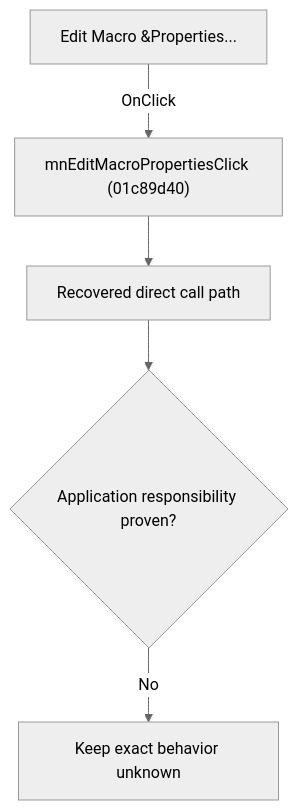
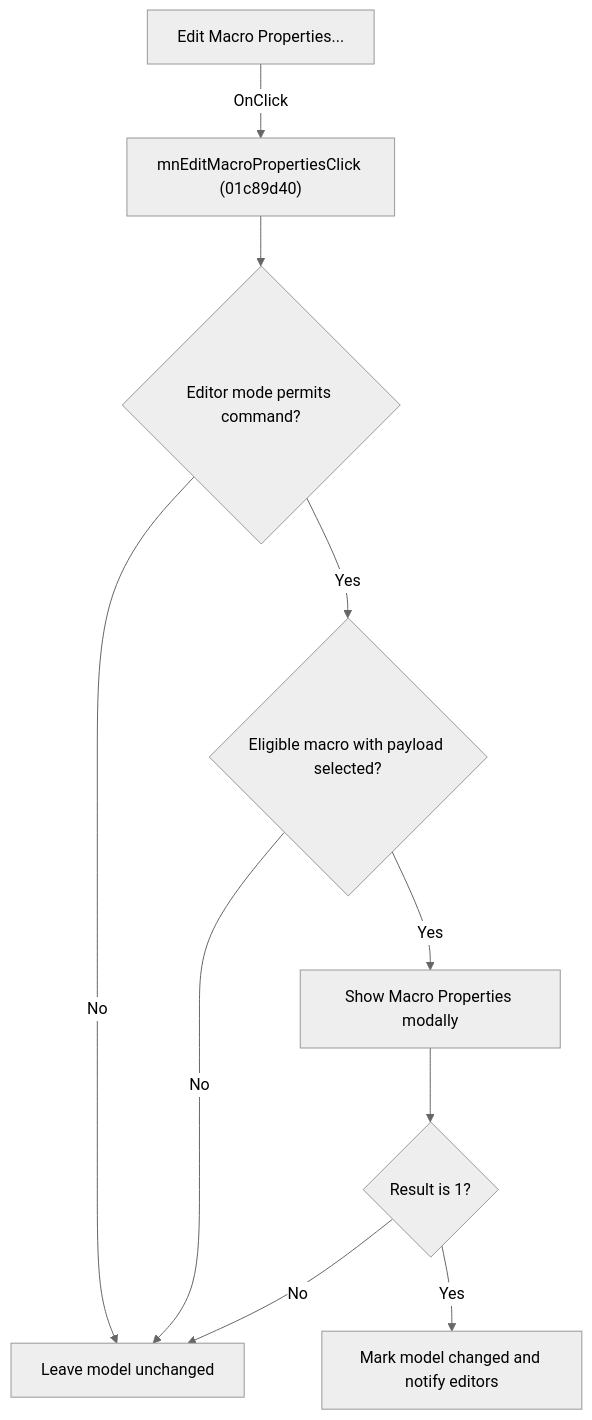
One commit to MovGP0/TIARA changed the diagram in docs/ui-controls/schematiceditor/mneditmacroproperties-7a74313c88.md. Above: the diagram before and after it, drawn with Mermaid (neutral theme). The commit also changed other lines of this file and 241 other files, not shown here.

````diff
--- a/docs/ui-controls/schematiceditor/mneditmacroproperties-7a74313c88.md
+++ b/docs/ui-controls/schematiceditor/mneditmacroproperties-7a74313c88.md
@@ -27,7 +29,12 @@
 ```mermaid
 flowchart TD
-    control["Edit Macro &Properties..."] -->|"OnClick"| handler["mnEditMacroPropertiesClick (01c89d40)"]
-    handler --> recovered["Recovered direct call path"]
-    recovered --> gap{"Application responsibility proven?"}
-    gap -->|"No"| blocked["Keep exact behavior unknown"]
+    control["Edit Macro Properties..."] -->|OnClick| handler["mnEditMacroPropertiesClick (01c89d40)"]
+    handler --> guard{"Editor mode permits command?"}
+    guard -->|No| stop["Leave model unchanged"]
+    guard -->|Yes| selected{"Eligible macro with payload selected?"}
+    selected -->|No| stop
+    selected -->|Yes| modal["Show Macro Properties modally"]
+    modal --> accepted{"Result is 1?"}
+    accepted -->|No| stop
+    accepted -->|Yes| notify["Mark model changed and notify editors"]
 ```
````
